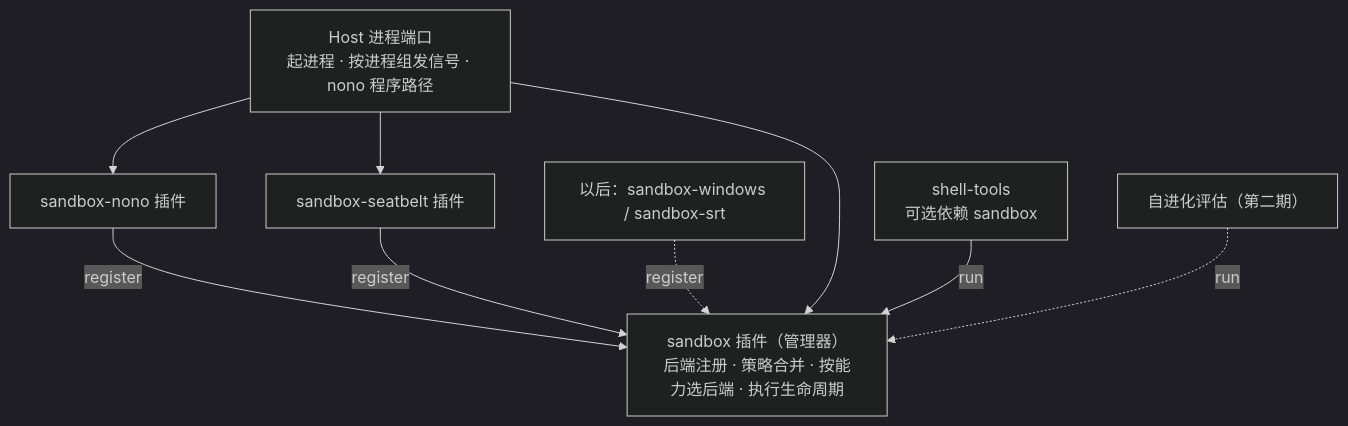
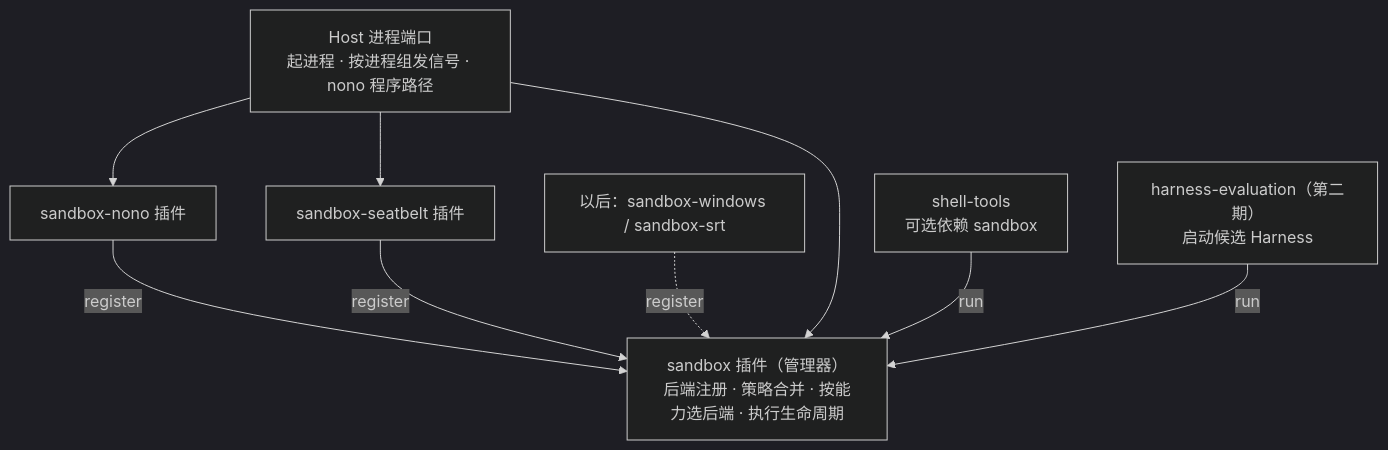
Before and after one commit to WakeUp-Jin/actspace-agent: the first of 2 diagrams in docs/design-docs/execution-safety/agent-沙箱设计.md, drawn with Mermaid (dark theme). The commit also changed other lines of this file and 5 other files, not shown here.

````diff
--- a/docs/design-docs/execution-safety/agent-沙箱设计.md
+++ b/docs/design-docs/execution-safety/agent-沙箱设计.md
@@ -34,13 +34,13 @@
 ```mermaid
 flowchart TD
     HOST["Host 进程端口<br/>起进程 · 按进程组发信号 · nono 程序路径"]
     M["sandbox 插件（管理器）<br/>后端注册 · 策略合并 · 按能力选后端 · 执行生命周期"]
     N["sandbox-nono 插件"] -->|register| M
     S["sandbox-seatbelt 插件"] -->|register| M
     W["以后：sandbox-windows / sandbox-srt"] -.->|register| M
     HOST --> M
     HOST --> N
     HOST --> S
     BASH["shell-tools<br/>可选依赖 sandbox"] -->|run| M
-    EVAL["自进化评估（第二期）"] -.->|run| M
+    EVAL["harness-evaluation（第二期）<br/>启动候选 Harness"] -->|run| M
 ```
````
